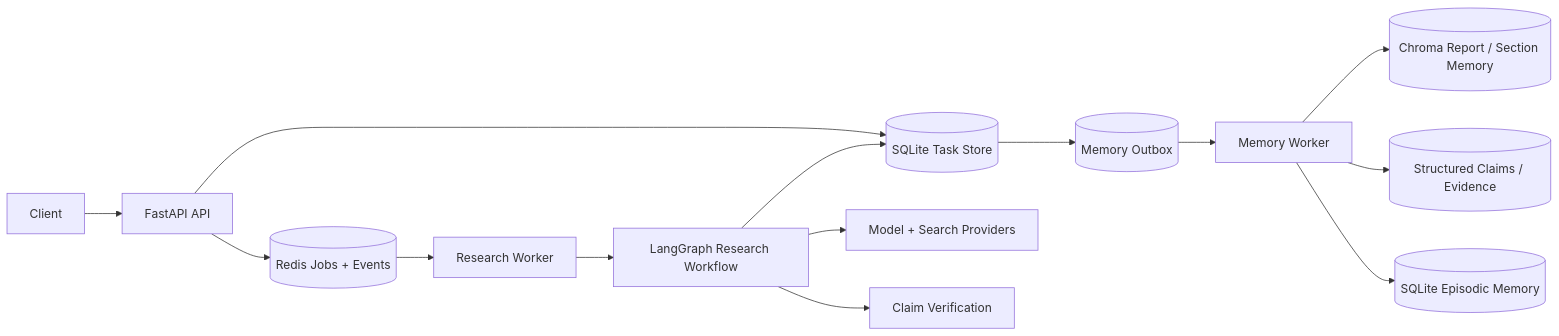
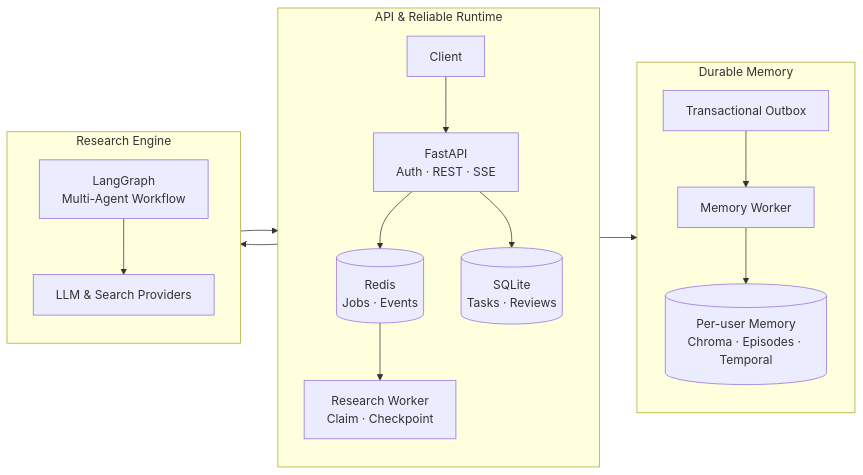
The first of 2 diagrams in README.md (Yuebi-ui/deep-research-agent), drawn with Mermaid before and after one commit. The commit also changed other lines of this file and 161 other files, not shown here.

````diff
--- a/README.md
+++ b/README.md
@@ -23,16 +23,26 @@
 ```mermaid
 flowchart LR
-    U[Client] --> API[FastAPI API]
-    API --> DB[(SQLite Task Store)]
-    API --> R[(Redis Jobs + Events)]
-    R --> W[Research Worker]
-    W --> G[LangGraph Research Workflow]
-    G --> P[Model + Search Providers]
-    G --> V[Claim Verification]
-    G --> DB
-    DB --> O[(Memory Outbox)]
-    O --> MW[Memory Worker]
-    MW --> C[(Chroma Report / Section Memory)]
-    MW --> E[(Structured Claims / Evidence)]
-    MW --> EP[(SQLite Episodic Memory)]
+    subgraph Access["API & Reliable Runtime"]
+        direction TB
+        Client["Client"] --> API["FastAPI<br/>Auth · REST · SSE"]
+        API --> Redis[("Redis<br/>Jobs · Events")]
+        Redis --> Worker["Research Worker<br/>Claim · Checkpoint"]
+        API --> DB[("SQLite<br/>Tasks · Reviews")]
+    end
+
+    subgraph Engine["Research Engine"]
+        direction TB
+        Graph["LangGraph<br/>Multi-Agent Workflow"]
+        Graph --> Provider["LLM & Search Providers"]
+    end
+
+    subgraph Memories["Durable Memory"]
+        direction TB
+        Outbox["Transactional Outbox"] --> MemWorker["Memory Worker"]
+        MemWorker --> Stores[("Per-user Memory<br/>Chroma · Episodes · Temporal")]
+    end
+
+    Worker --> Graph
+    Graph --> DB
+    DB --> Outbox
 ```
````
